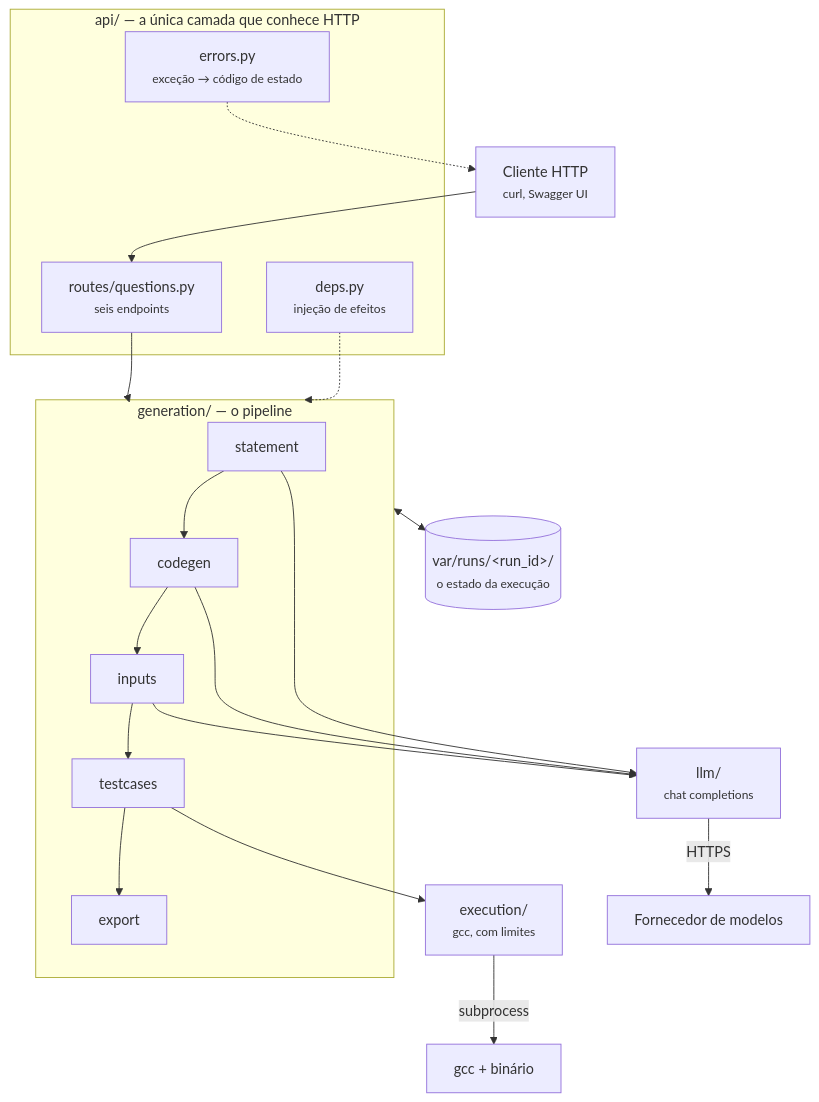
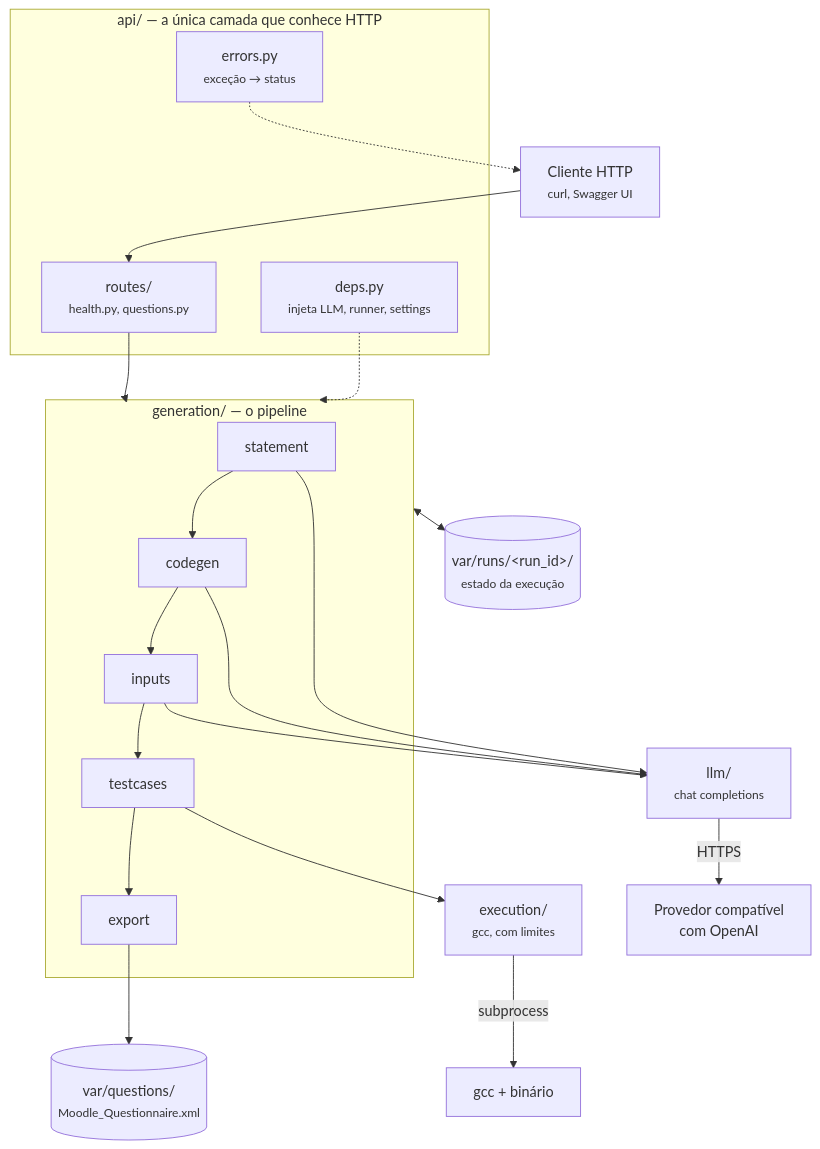
One commit to TUTOR-IA-Makers/tutor-ia changed the first of 4 diagrams in docs/architecture/index.md. Above: the diagram before and after it, drawn with Mermaid. The commit also changed other lines of this file and 84 other files, not shown here.

````diff
--- a/docs/architecture/index.md
+++ b/docs/architecture/index.md
@@ -7,32 +10,34 @@
 ```mermaid
 flowchart TD
     Cliente["Cliente HTTP<br/><small>curl, Swagger UI</small>"]
 
     subgraph API["api/ — a única camada que conhece HTTP"]
-        Rotas["routes/questions.py<br/><small>seis endpoints</small>"]
-        Erros["errors.py<br/><small>exceção → código de estado</small>"]
-        Deps["deps.py<br/><small>injeção de efeitos</small>"]
+        Rotas["routes/<br/><small>health.py, questions.py</small>"]
+        Erros["errors.py<br/><small>exceção → status</small>"]
+        Deps["deps.py<br/><small>injeta LLM, runner, settings</small>"]
     end
 
     subgraph GEN["generation/ — o pipeline"]
         S1["statement"] --> S2["codegen"] --> S3["inputs"] --> S4["testcases"] --> S5["export"]
     end
 
     LLM["llm/<br/><small>chat completions</small>"]
     EXE["execution/<br/><small>gcc, com limites</small>"]
-    WS[("var/runs/&lt;run_id&gt;/<br/><small>o estado da execução</small>")]
+    WS[("var/runs/&lt;run_id&gt;/<br/><small>estado da execução</small>")]
+    XML[("var/questions/<br/><small>Moodle_Questionnaire.xml</small>")]
 
     Cliente --> Rotas
     Rotas --> GEN
     Erros -.-> Cliente
     Deps -.-> GEN
 
     S1 --> LLM
     S2 --> LLM
     S3 --> LLM
     S4 --> EXE
     GEN <--> WS
+    S5 --> XML
 
-    LLM -->|"HTTPS"| Fornecedor["Fornecedor de modelos"]
-    EXE -->|"subprocess"| GCC["gcc + binário"]
+    LLM -->|HTTPS| Fornecedor["Provedor compatível<br/>com OpenAI"]
+    EXE -->|subprocess| GCC["gcc + binário"]
 ```
````
